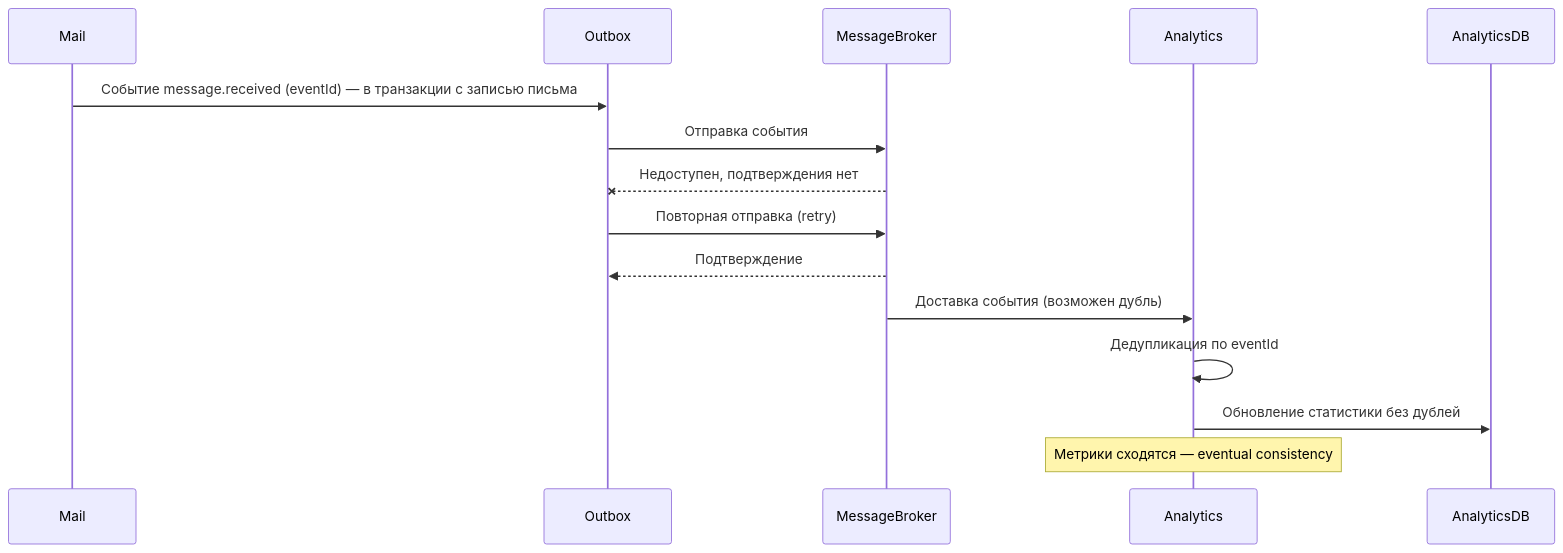
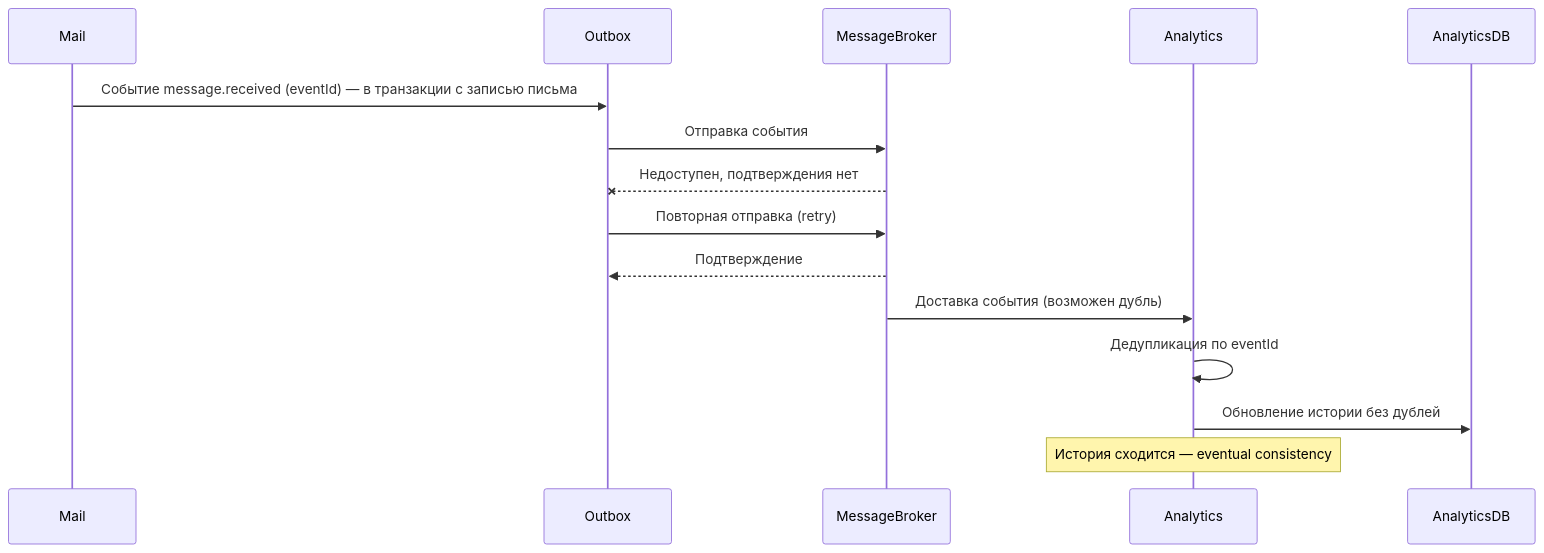
The fourth of 4 diagrams in docs/tr.md (spbu-ds-practicum-2026/hydrolytes), drawn with Mermaid before and after one commit. The commit also changed other lines of this file and 1 other file, not shown here.

````diff
--- a/docs/tr.md
+++ b/docs/tr.md
@@ -418,18 +286,18 @@
 ```mermaid
 sequenceDiagram
   participant Mail
   participant Outbox
   participant MessageBroker
   participant Analytics
   participant AnalyticsDB
 
   Mail->>Outbox: Событие message.received (eventId) — в транзакции с записью письма
   Outbox->>MessageBroker: Отправка события
   MessageBroker--xOutbox: Недоступен, подтверждения нет
   Outbox->>MessageBroker: Повторная отправка (retry)
   MessageBroker-->>Outbox: Подтверждение
   MessageBroker->>Analytics: Доставка события (возможен дубль)
   Analytics->>Analytics: Дедупликация по eventId
-  Analytics->>AnalyticsDB: Обновление статистики без дублей
-  Note over Analytics: Метрики сходятся — eventual consistency
+  Analytics->>AnalyticsDB: Обновление истории без дублей
+  Note over Analytics: История сходится — eventual consistency
 ```
````
